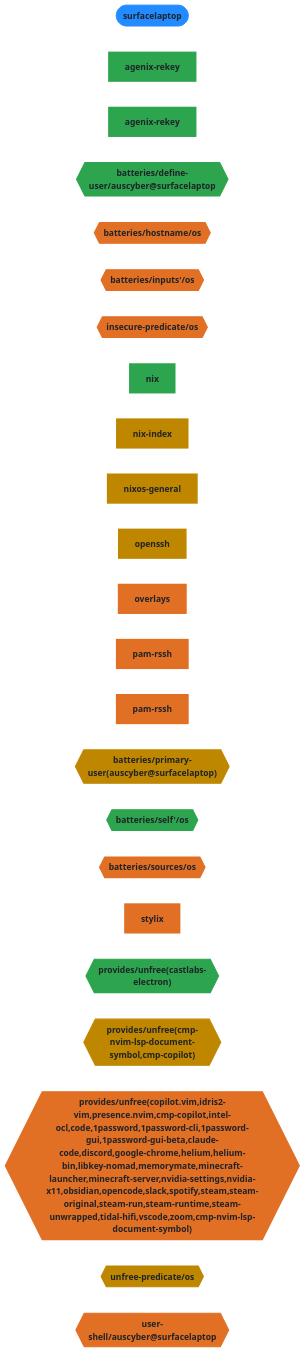
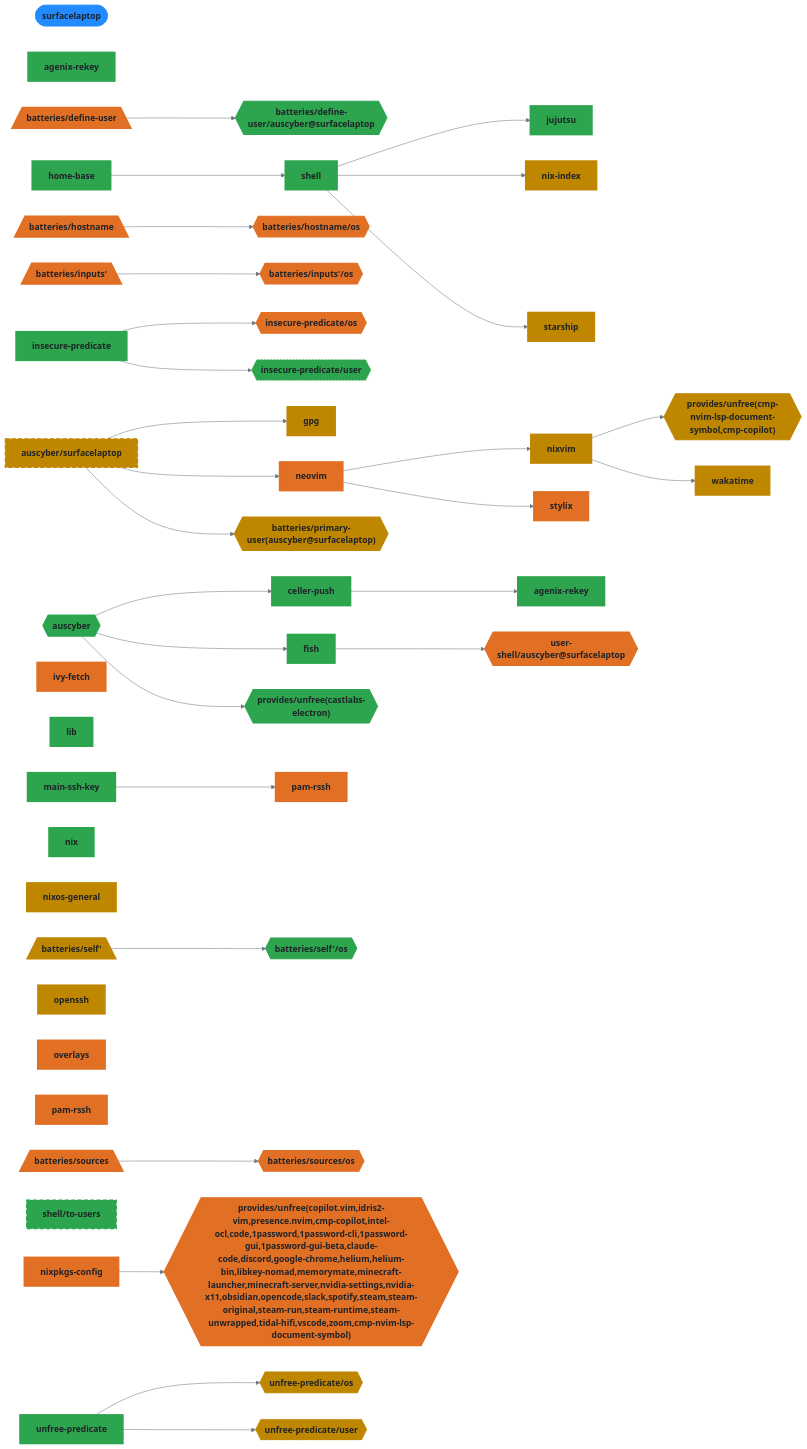
One commit to auscyber/dotfiles changed the eighth of 9 diagrams in README.md. Above: the diagram before and after it, drawn with Mermaid. The commit also changed other lines of this file and 1 other file, not shown here.

````diff
--- a/README.md
+++ b/README.md
@@ -544,50 +1199,129 @@
   surfacelaptop([surfacelaptop]):::root
   agenix_rekey_host_surfacelaptop["agenix-rekey"]:::agenix_rekey_host_surfacelaptop_c
   agenix_rekey_user_auscyber["agenix-rekey"]:::agenix_rekey_user_auscyber_c
+  auscyber{{"auscyber"}}:::auscyber_c
+  auscyber__surfacelaptop["auscyber/surfacelaptop"]:::auscyber__surfacelaptop_c
+  celler_push["celler-push"]:::celler_push_c
+  den__batteries__define_user[/"batteries/define-user"\]:::den__batteries__define_user_c
   den__batteries__define_user__auscyber_surfacelaptop{{"batteries/define-user/auscyber@surfacelaptop"}}:::den__batteries__define_user__auscyber_surfacelaptop_c
+  fish["fish"]:::fish_c
+  gpg["gpg"]:::gpg_c
+  home_base["home-base"]:::home_base_c
+  den__batteries__hostname[/"batteries/hostname"\]:::den__batteries__hostname_c
   den__batteries__hostname__os{{"batteries/hostname/os"}}:::den__batteries__hostname__os_c
+  den__batteries__inputs_[/"batteries/inputs'"\]:::den__batteries__inputs__c
   den__batteries__inputs___os{{"batteries/inputs'/os"}}:::den__batteries__inputs___os_c
+  insecure_predicate["insecure-predicate"]:::insecure_predicate_c
   insecure_predicate__os{{"insecure-predicate/os"}}:::insecure_predicate__os_c
+  insecure_predicate__user{{"insecure-predicate/user"}}:::insecure_predicate__user_c
+  ivy_fetch["ivy-fetch"]:::ivy_fetch_c
+  jujutsu["jujutsu"]:::jujutsu_c
+  lib["lib"]:::lib_c
+  main_ssh_key["main-ssh-key"]:::main_ssh_key_c
+  neovim["neovim"]:::neovim_c
   nix["nix"]:::nix_c
   nix_index["nix-index"]:::nix_index_c
   nixos_general["nixos-general"]:::nixos_general_c
+  nixpkgs_config_host_surfacelaptop["nixpkgs-config"]:::nixpkgs_config_host_surfacelaptop_c
+  nixvim["nixvim"]:::nixvim_c
   openssh["openssh"]:::openssh_c
   overlays["overlays"]:::overlays_c
   pam_rssh_host_surfacelaptop["pam-rssh"]:::pam_rssh_host_surfacelaptop_c
   pam_rssh_user_auscyber["pam-rssh"]:::pam_rssh_user_auscyber_c
   den__batteries__primary_user_auscyber_surfacelaptop_{{"batteries/primary-user(auscyber@surfacelaptop)"}}:::den__batteries__primary_user_auscyber_surfacelaptop__c
+  den__batteries__self_[/"batteries/self'"\]:::den__batteries__self__c
   den__batteries__self___os{{"batteries/self'/os"}}:::den__batteries__self___os_c
+  shell_host_surfacelaptop["shell"]:::shell_host_surfacelaptop_c
+  shell__to_users["shell/to-users"]:::shell__to_users_c
+  den__batteries__sources[/"batteries/sources"\]:::den__batteries__sources_c
   den__batteries__sources__os{{"batteries/sources/os"}}:::den__batteries__sources__os_c
+  starship["starship"]:::starship_c
   stylix["stylix"]:::stylix_c
   den__provides__unfree_castlabs_electron_{{"provides/unfree(castlabs-electron)"}}:::den__provides__unfree_castlabs_electron__c
   den__provides__unfree_cmp_nvim_lsp_document_symbol_cmp_copilot_{{"provides/unfree(cmp-nvim-lsp-document-symbol,cmp-copilot)"}}:::den__provides__unfree_cmp_nvim_lsp_document_symbol_cmp_copilot__c
   den__provides__unfree_copilot_vim_idris2_vim_presence_nvim_cmp_copilot_intel_ocl_code_1password_1password_cli_1password_gui_1password_gui_beta_claude_code_discord_google_chrome_helium_helium_bin_libkey_nomad_memorymate_minecraft_launcher_minecraft_server_nvidia_settings_nvidia_x11_obsidian_opencode_slack_spotify_steam_steam_original_steam_run_steam_runtime_steam_unwrapped_tidal_hifi_vscode_zoom_cmp_nvim_lsp_document_symbol_{{"provides/unfree(copilot.vim,idris2-vim,presence.nvim,cmp-copilot,intel-ocl,code,1password,1password-cli,1password-gui,1password-gui-beta,claude-code,discord,google-chrome,helium,helium-bin,libkey-nomad,memorymate,minecraft-launcher,minecraft-server,nvidia-settings,nvidia-x11,obsidian,opencode,slack,spotify,steam,steam-original,steam-run,steam-runtime,steam-unwrapped,tidal-hifi,vscode,zoom,cmp-nvim-lsp-document-symbol)"}}:::den__provides__unfree_copilot_vim_idris2_vim_presence_nvim_cmp_copilot_intel_ocl_code_1password_1password_cli_1password_gui_1password_gui_beta_claude_code_discord_google_chrome_helium_helium_bin_libkey_nomad_memorymate_minecraft_launcher_minecraft_server_nvidia_settings_nvidia_x11_obsidian_opencode_slack_spotify_steam_steam_original_steam_run_steam_runtime_steam_unwrapped_tidal_hifi_vscode_zoom_cmp_nvim_lsp_document_symbol__c
+  unfree_predicate["unfree-predicate"]:::unfree_predicate_c
   unfree_predicate__os{{"unfree-predicate/os"}}:::unfree_predicate__os_c
+  unfree_predicate__user{{"unfree-predicate/user"}}:::unfree_predicate__user_c
   user_shell__auscyber_surfacelaptop{{"user-shell/auscyber@surfacelaptop"}}:::user_shell__auscyber_surfacelaptop_c
+  wakatime["wakatime"]:::wakatime_c
 
+  auscyber --> celler_push
+  auscyber --> fish
+  auscyber --> den__provides__unfree_castlabs_electron_
+  auscyber__surfacelaptop --> gpg
+  auscyber__surfacelaptop --> neovim
+  auscyber__surfacelaptop --> den__batteries__primary_user_auscyber_surfacelaptop_
+  celler_push --> agenix_rekey_user_auscyber
+  den__batteries__define_user --> den__batteries__define_user__auscyber_surfacelaptop
+  den__batteries__hostname --> den__batteries__hostname__os
+  den__batteries__inputs_ --> den__batteries__inputs___os
+  den__batteries__self_ --> den__batteries__self___os
+  den__batteries__sources --> den__batteries__sources__os
+  fish --> user_shell__auscyber_surfacelaptop
+  home_base --> shell_host_surfacelaptop
+  insecure_predicate --> insecure_predicate__os
+  insecure_predicate --> insecure_predicate__user
+  main_ssh_key --> pam_rssh_user_auscyber
+  neovim --> nixvim
+  neovim --> stylix
+  nixpkgs_config_host_surfacelaptop --> den__provides__unfree_copilot_vim_idris2_vim_presence_nvim_cmp_copilot_intel_ocl_code_1password_1password_cli_1password_gui_1password_gui_beta_claude_code_discord_google_chrome_helium_helium_bin_libkey_nomad_memorymate_minecraft_launcher_minecraft_server_nvidia_settings_nvidia_x11_obsidian_opencode_slack_spotify_steam_steam_original_steam_run_steam_runtime_steam_unwrapped_tidal_hifi_vscode_zoom_cmp_nvim_lsp_document_symbol_
+  nixvim --> den__provides__unfree_cmp_nvim_lsp_document_symbol_cmp_copilot_
+  nixvim --> wakatime
+  shell_host_surfacelaptop --> jujutsu
+  shell_host_surfacelaptop --> nix_index
+  shell_host_surfacelaptop --> starship
+  unfree_predicate --> unfree_predicate__os
+  unfree_predicate --> unfree_predicate__user
 
   classDef root fill:#218bff,stroke:#218bff,color:#1f2328,font-weight:bold
   classDef agenix_rekey_host_surfacelaptop_c fill:#2da44e,stroke:#2da44e,color:#1f2328,stroke-width:3px
   classDef agenix_rekey_user_auscyber_c fill:#2da44e,stroke:#2da44e,color:#1f2328,stroke-width:3px
+  classDef auscyber_c fill:#2da44e,stroke:#2da44e,color:#1f2328,stroke-width:3px
+  classDef auscyber__surfacelaptop_c fill:#bf8700,stroke:#bf8700,color:#1f2328,stroke-width:2px,stroke-dasharray: 8 4
+  classDef celler_push_c fill:#2da44e,stroke:#2da44e,color:#1f2328,stroke-width:3px
+  classDef den__batteries__define_user_c fill:#e16f24,stroke:#e16f24,color:#1f2328,stroke-width:3px
   classDef den__batteries__define_user__auscyber_surfacelaptop_c fill:#2da44e,stroke:#2da44e,color:#1f2328,stroke-width:2px
+  classDef fish_c fill:#2da44e,stroke:#2da44e,color:#1f2328,stroke-width:3px
+  classDef gpg_c fill:#bf8700,stroke:#bf8700,color:#1f2328,stroke-width:3px
+  classDef home_base_c fill:#2da44e,stroke:#2da44e,color:#1f2328,stroke-width:3px
+  classDef den__batteries__hostname_c fill:#e16f24,stroke:#e16f24,color:#1f2328,stroke-width:3px
   classDef den__batteries__hostname__os_c fill:#e16f24,stroke:#e16f24,color:#1f2328,stroke-width:2px
+  classDef den__batteries__inputs__c fill:#e16f24,stroke:#e16f24,color:#1f2328,stroke-width:3px
   classDef den__batteries__inputs___os_c fill:#e16f24,stroke:#e16f24,color:#1f2328,stroke-width:2px
+  classDef insecure_predicate_c fill:#2da44e,stroke:#2da44e,color:#1f2328,stroke-width:3px
   classDef insecure_predicate__os_c fill:#e16f24,stroke:#e16f24,color:#1f2328,stroke-width:2px
+  classDef insecure_predicate__user_c fill:#2da44e,stroke:#2da44e,color:#1f2328,stroke-dasharray: 3 3,stroke-width:1px
+  classDef ivy_fetch_c fill:#e16f24,stroke:#e16f24,color:#1f2328,stroke-width:3px
+  classDef jujutsu_c fill:#2da44e,stroke:#2da44e,color:#1f2328,stroke-width:3px
+  classDef lib_c fill:#2da44e,stroke:#2da44e,color:#1f2328,stroke-width:3px
+  classDef main_ssh_key_c fill:#2da44e,stroke:#2da44e,color:#1f2328,stroke-width:3px
+  classDef neovim_c fill:#e16f24,stroke:#e16f24,color:#1f2328,stroke-width:3px
   classDef nix_c fill:#2da44e,stroke:#2da44e,color:#1f2328,stroke-width:3px
   classDef nix_index_c fill:#bf8700,stroke:#bf8700,color:#1f2328,stroke-width:3px
   classDef nixos_general_c fill:#bf8700,stroke:#bf8700,color:#1f2328,stroke-width:3px
+  classDef nixpkgs_config_host_surfacelaptop_c fill:#e16f24,stroke:#e16f24,color:#1f2328,stroke-width:3px
+  classDef nixvim_c fill:#bf8700,stroke:#bf8700,color:#1f2328,stroke-width:3px
   classDef openssh_c fill:#bf8700,stroke:#bf8700,color:#1f2328,stroke-width:3px
   classDef overlays_c fill:#e16f24,stroke:#e16f24,color:#1f2328,stroke-width:3px
   classDef pam_rssh_host_surfacelaptop_c fill:#e16f24,stroke:#e16f24,color:#1f2328,stroke-width:3px
   classDef pam_rssh_user_auscyber_c fill:#e16f24,stroke:#e16f24,color:#1f2328,stroke-width:3px
   classDef den__batteries__primary_user_auscyber_surfacelaptop__c fill:#bf8700,stroke:#bf8700,color:#1f2328,stroke-width:2px
+  classDef den__batteries__self__c fill:#bf8700,stroke:#bf8700,color:#1f2328,stroke-width:3px
   classDef den__batteries__self___os_c fill:#2da44e,stroke:#2da44e,color:#1f2328,stroke-width:2px
+  classDef shell_host_surfacelaptop_c fill:#2da44e,stroke:#2da44e,color:#1f2328,stroke-width:3px
+  classDef shell__to_users_c fill:#2da44e,stroke:#2da44e,color:#1f2328,stroke-width:2px,stroke-dasharray: 8 4
+  classDef den__batteries__sources_c fill:#e16f24,stroke:#e16f24,color:#1f2328,stroke-width:3px
   classDef den__batteries__sources__os_c fill:#e16f24,stroke:#e16f24,color:#1f2328,stroke-width:2px
+  classDef starship_c fill:#bf8700,stroke:#bf8700,color:#1f2328,stroke-width:3px
   classDef stylix_c fill:#e16f24,stroke:#e16f24,color:#1f2328,stroke-width:3px
   classDef surfacelaptop_c fill:#2da44e,stroke:#2da44e,color:#1f2328,stroke-width:3px
   classDef den__provides__unfree_castlabs_electron__c fill:#2da44e,stroke:#2da44e,color:#1f2328,stroke-width:2px
   classDef den__provides__unfree_cmp_nvim_lsp_document_symbol_cmp_copilot__c fill:#bf8700,stroke:#bf8700,color:#1f2328,stroke-width:2px
   classDef den__provides__unfree_copilot_vim_idris2_vim_presence_nvim_cmp_copilot_intel_ocl_code_1password_1password_cli_1password_gui_1password_gui_beta_claude_code_discord_google_chrome_helium_helium_bin_libkey_nomad_memorymate_minecraft_launcher_minecraft_server_nvidia_settings_nvidia_x11_obsidian_opencode_slack_spotify_steam_steam_original_steam_run_steam_runtime_steam_unwrapped_tidal_hifi_vscode_zoom_cmp_nvim_lsp_document_symbol__c fill:#e16f24,stroke:#e16f24,color:#1f2328,stroke-width:2px
+  classDef unfree_predicate_c fill:#2da44e,stroke:#2da44e,color:#1f2328,stroke-width:3px
   classDef unfree_predicate__os_c fill:#bf8700,stroke:#bf8700,color:#1f2328,stroke-width:2px
+  classDef unfree_predicate__user_c fill:#bf8700,stroke:#bf8700,color:#1f2328,stroke-dasharray: 3 3,stroke-width:1px
   classDef user_shell__auscyber_surfacelaptop_c fill:#e16f24,stroke:#e16f24,color:#1f2328,stroke-width:2px
+  classDef wakatime_c fill:#bf8700,stroke:#bf8700,color:#1f2328,stroke-width:3px
 ```
````
